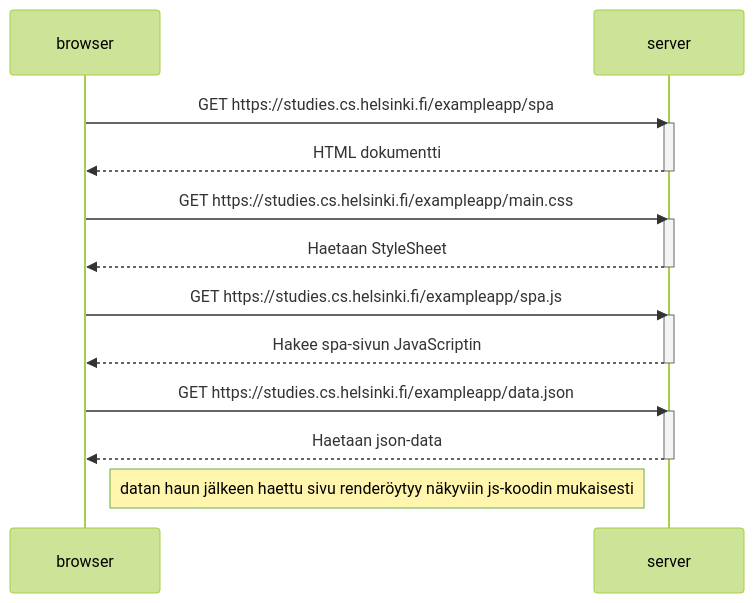
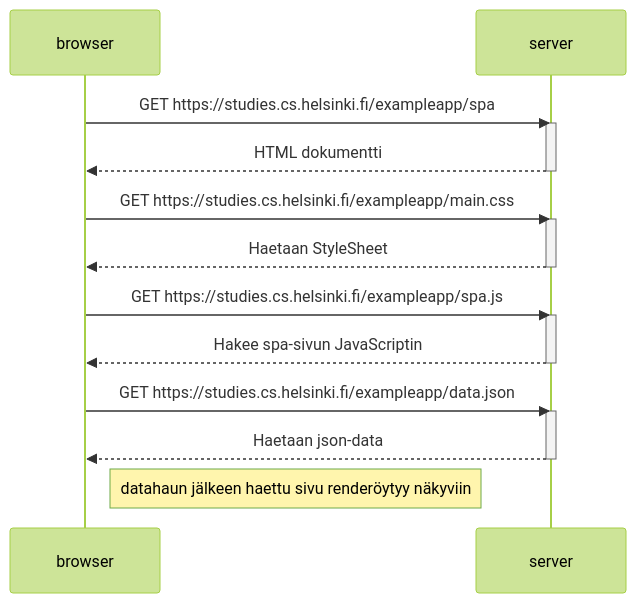
Before and after one commit to JaniTheMentalBoomer/Palautusrepositorio: the diagram in Osa0/Task05.md, drawn with Mermaid (forest theme).

````diff
--- a/Osa0/Task05.md
+++ b/Osa0/Task05.md
@@ -5,27 +5,27 @@
 ```mermaid
 sequenceDiagram
     participant browser
     participant server
     
     browser->>server: GET https://studies.cs.helsinki.fi/exampleapp/spa
     activate server
     server-->>browser: HTML dokumentti
     deactivate server
     
     browser->>server: GET https://studies.cs.helsinki.fi/exampleapp/main.css
     activate server
     server-->>browser: Haetaan StyleSheet
     deactivate server
     
     browser->>server: GET https://studies.cs.helsinki.fi/exampleapp/spa.js
     activate server
     server-->>browser: Hakee spa-sivun JavaScriptin
     deactivate server
     
     browser->>server: GET https://studies.cs.helsinki.fi/exampleapp/data.json
     activate server
     server-->>browser: Haetaan json-data
     deactivate server
 
-    Note right of browser: datan haun jälkeen haettu sivu renderöytyy näkyviin js-koodin mukaisesti
+    Note right of browser: datahaun jälkeen haettu sivu renderöytyy näkyviin
 ```
````
